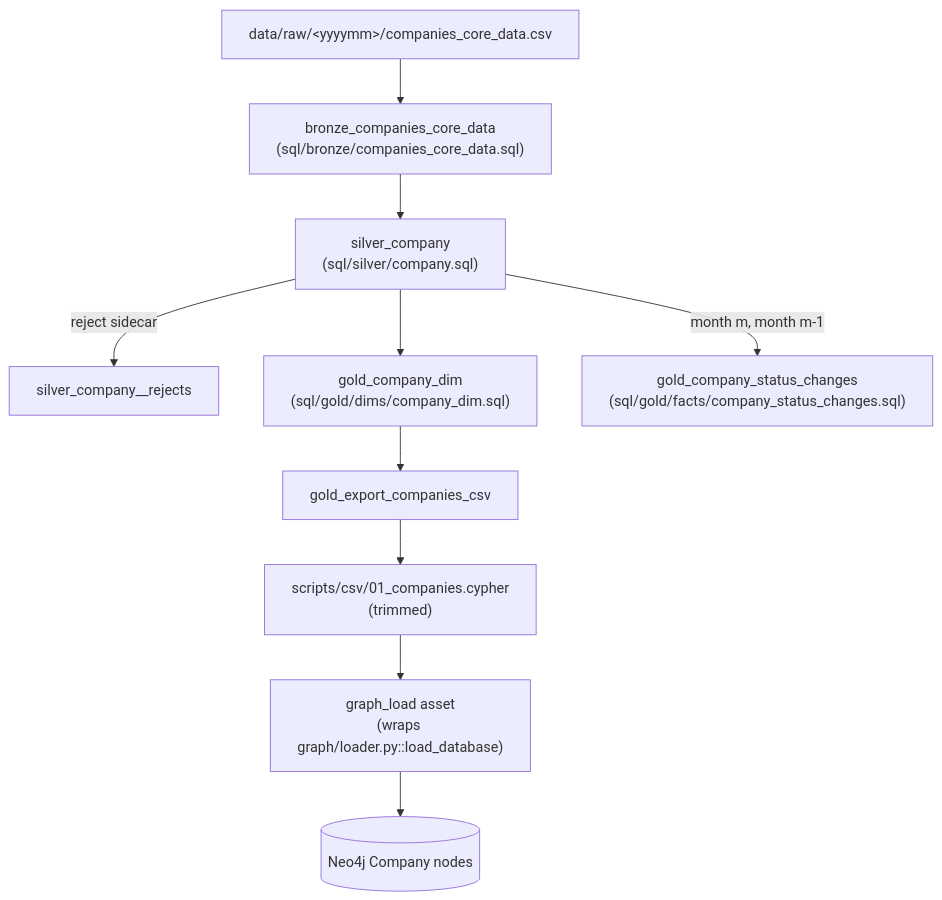
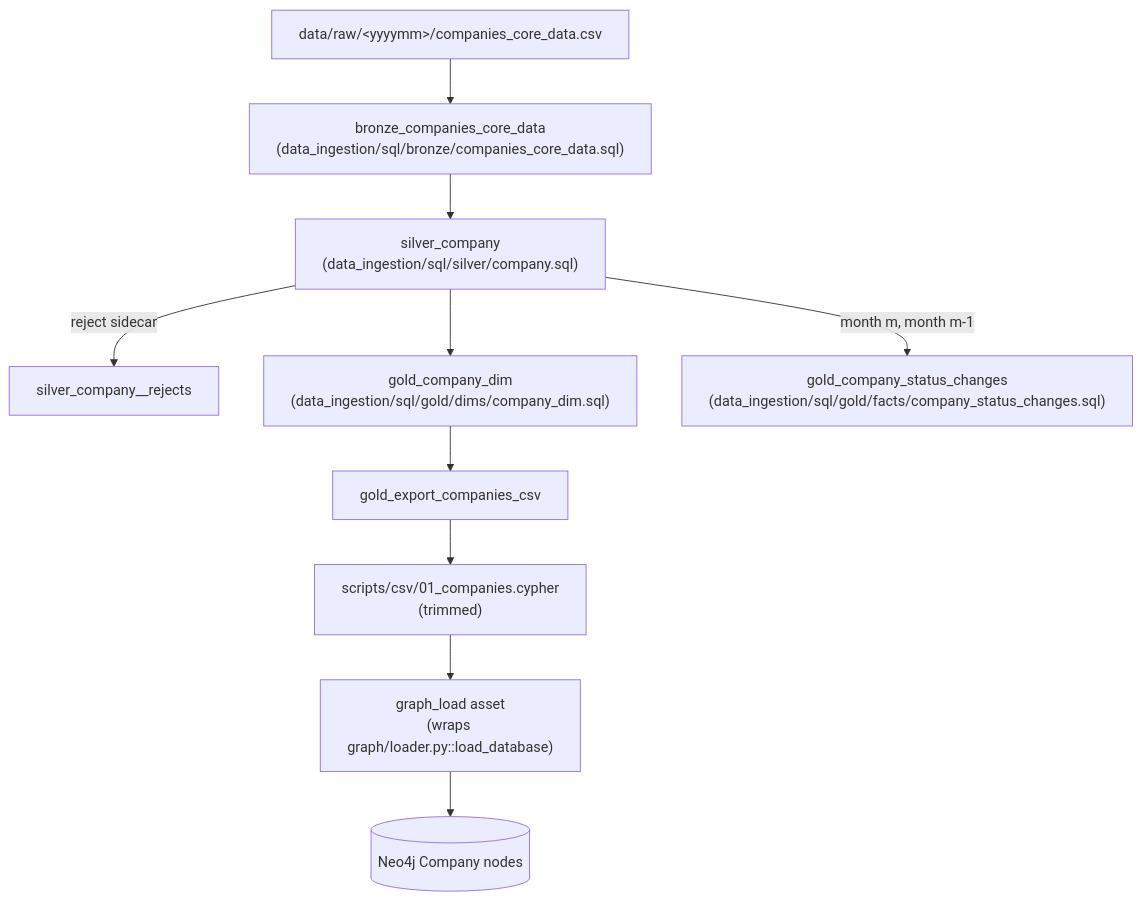
One commit to altierispeixoto/nz-companies-office changed the diagram in docs/medallion-architecture/architecture.md. Above: the diagram before and after it, drawn with Mermaid. The commit also changed other lines of this file and 75 other files, not shown here.

````diff
--- a/docs/medallion-architecture/architecture.md
+++ b/docs/medallion-architecture/architecture.md
@@ -12,12 +12,12 @@
 ```mermaid
 graph TD
-    RAW["data/raw/&lt;yyyymm&gt;/companies_core_data.csv"] --> BRONZE["bronze_companies_core_data<br/>(sql/bronze/companies_core_data.sql)"]
-    BRONZE --> SILVER["silver_company<br/>(sql/silver/company.sql)"]
+    RAW["data/raw/&lt;yyyymm&gt;/companies_core_data.csv"] --> BRONZE["bronze_companies_core_data<br/>(data_ingestion/sql/bronze/companies_core_data.sql)"]
+    BRONZE --> SILVER["silver_company<br/>(data_ingestion/sql/silver/company.sql)"]
     SILVER -->|reject sidecar| REJECTS["silver_company__rejects"]
-    SILVER --> GOLDDIM["gold_company_dim<br/>(sql/gold/dims/company_dim.sql)"]
-    SILVER -->|month m, month m-1| GOLDFACT["gold_company_status_changes<br/>(sql/gold/facts/company_status_changes.sql)"]
+    SILVER --> GOLDDIM["gold_company_dim<br/>(data_ingestion/sql/gold/dims/company_dim.sql)"]
+    SILVER -->|month m, month m-1| GOLDFACT["gold_company_status_changes<br/>(data_ingestion/sql/gold/facts/company_status_changes.sql)"]
     GOLDDIM --> EXPORT["gold_export_companies_csv"]
     EXPORT --> CYPHER["scripts/csv/01_companies.cypher<br/>(trimmed)"]
     CYPHER --> GRAPHLOAD["graph_load asset<br/>(wraps graph/loader.py::load_database)"]
     GRAPHLOAD --> NEO4J[("Neo4j Company nodes")]
 ```
````
